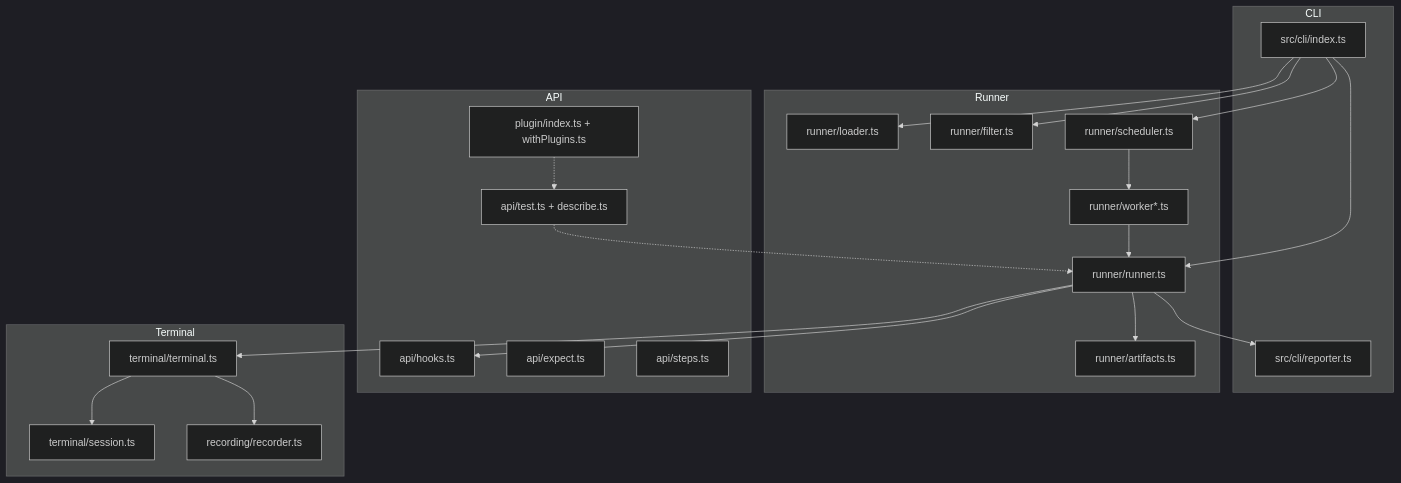
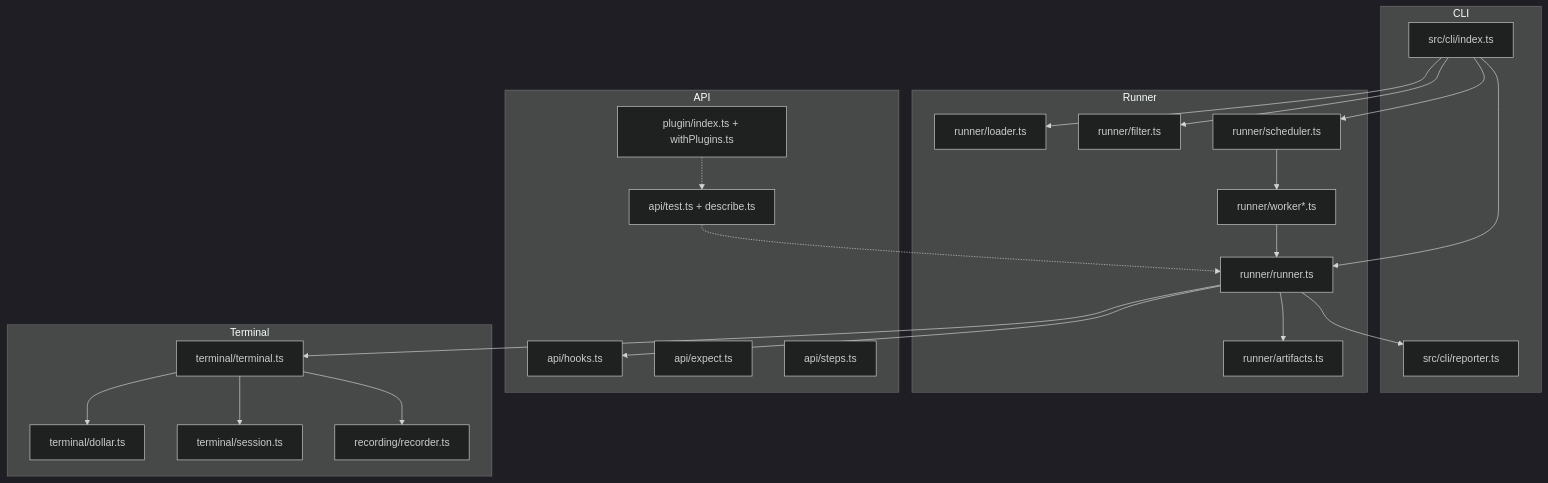
The first of 2 diagrams in skills/repterm/references/architecture.md (NexusGPU/repterm), drawn with Mermaid (dark theme) before and after one commit. The commit also changed other lines of this file and 35 other files, not shown here.

````diff
--- a/skills/repterm/references/architecture.md
+++ b/skills/repterm/references/architecture.md
@@ -5,45 +5,47 @@
 ```mermaid
 graph TB
     subgraph CLI["CLI"]
         CLIEntry["src/cli/index.ts"]
         Reporter["src/cli/reporter.ts"]
     end
 
     subgraph Runner["Runner"]
         Loader["runner/loader.ts"]
         Filter["runner/filter.ts"]
         RunnerCore["runner/runner.ts"]
         Scheduler["runner/scheduler.ts"]
         Worker["runner/worker*.ts"]
         Artifacts["runner/artifacts.ts"]
     end
 
     subgraph API["API"]
         TestAPI["api/test.ts + describe.ts"]
         Hooks["api/hooks.ts"]
         Expect["api/expect.ts"]
         Steps["api/steps.ts"]
         Plugin["plugin/index.ts + withPlugins.ts"]
     end
 
     subgraph Terminal["Terminal"]
         TerminalImpl["terminal/terminal.ts"]
+        DollarFn["terminal/dollar.ts"]
         Session["terminal/session.ts"]
         Recorder["recording/recorder.ts"]
     end
 
     CLIEntry --> Loader
     CLIEntry --> Filter
     CLIEntry --> RunnerCore
     CLIEntry --> Scheduler
     RunnerCore --> Hooks
     RunnerCore --> TerminalImpl
     RunnerCore --> Artifacts
     Scheduler --> Worker
     Worker --> RunnerCore
     RunnerCore --> Reporter
     TestAPI -.-> RunnerCore
     Plugin -.-> TestAPI
+    TerminalImpl --> DollarFn
     TerminalImpl --> Session
     TerminalImpl --> Recorder
 ```
````
